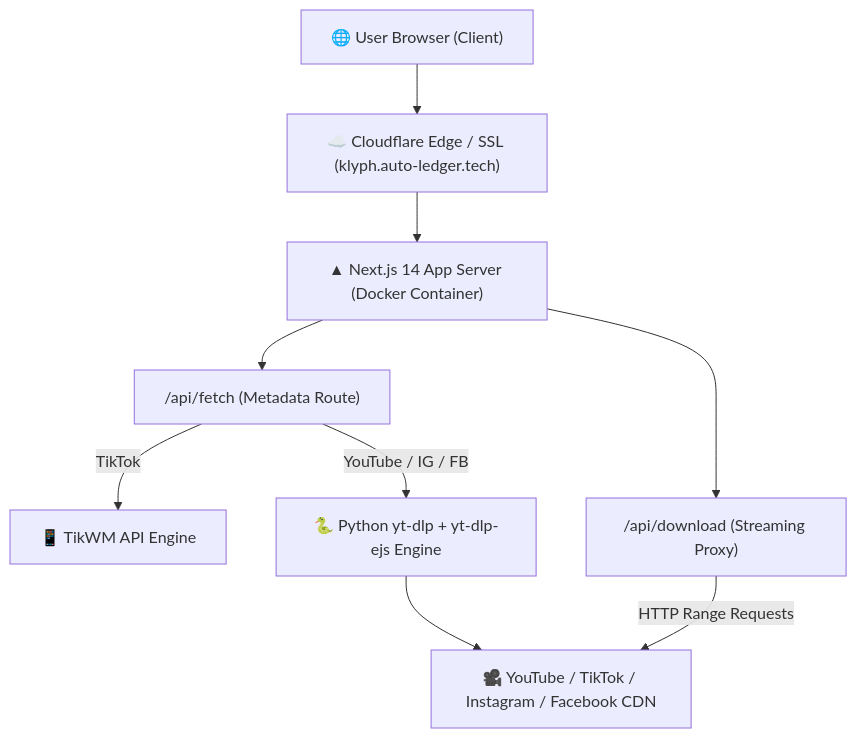
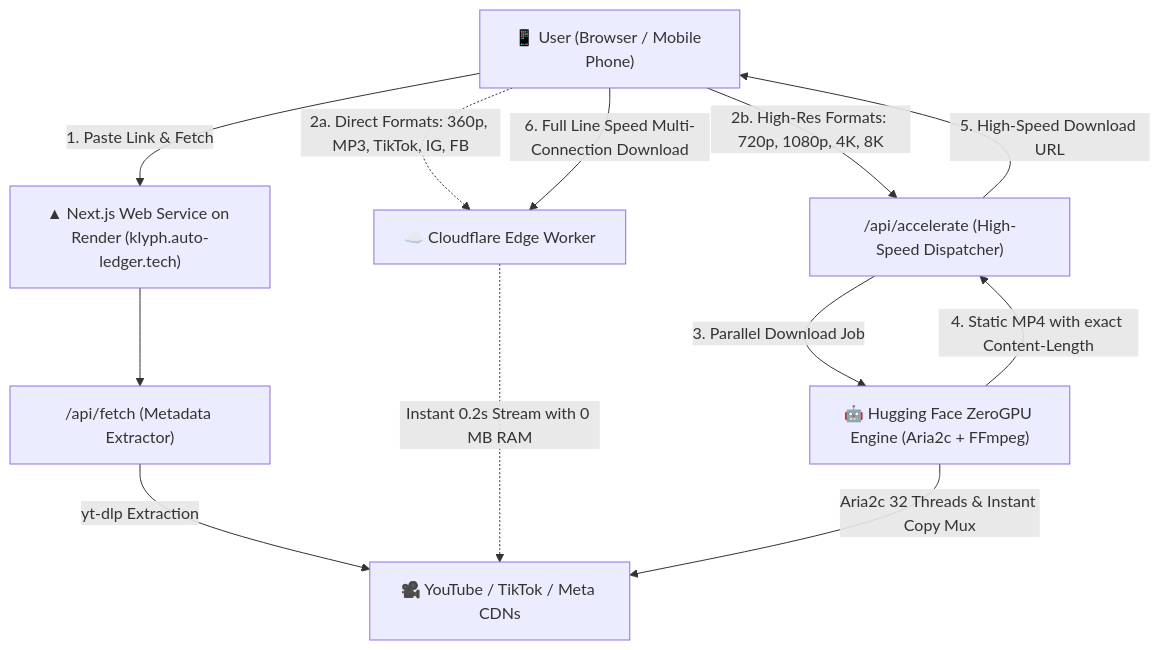
One commit to vthish/Klyph changed the diagram in README.md. Above: the diagram before and after it, drawn with Mermaid. The commit also changed other lines of this file, not shown here.

Commit message:
docs: update README with Hybrid Multi-Cloud architecture using generic placeholder URLs

````diff
--- a/README.md
+++ b/README.md
@@ -67,19 +70,26 @@
 ```mermaid
 flowchart TD
-    User["🌐 User Browser (Client)"]
-    CF["☁️ Cloudflare Edge / SSL (klyph.auto-ledger.tech)"]
-    Next["▲ Next.js 14 App Server (Docker Container)"]
-    FetchAPI["/api/fetch (Metadata Route)"]
-    DownloadAPI["/api/download (Streaming Proxy)"]
-    Engine["🐍 Python yt-dlp + yt-dlp-ejs Engine"]
-    TikWM["📱 TikWM API Engine"]
-    Platforms["🎥 YouTube / TikTok / Instagram / Facebook CDN"]
+    User["📱 User (Browser / Mobile Phone)"]
+    CF["☁️ Cloudflare Edge Worker"]
+    Render["▲ Next.js Web Service on Render (klyph.auto-ledger.tech)"]
+    FetchAPI["/api/fetch (Metadata Extractor)"]
+    AccAPI["/api/accelerate (High-Speed Dispatcher)"]
+    HF["🤖 Hugging Face ZeroGPU Engine (Aria2c + FFmpeg)"]
+    CDNs["🎥 YouTube / TikTok / Meta CDNs"]
 
-    User --> CF --> Next
-    Next --> FetchAPI
-    Next --> DownloadAPI
-    FetchAPI -->|TikTok| TikWM
-    FetchAPI -->|YouTube / IG / FB| Engine
-    Engine --> Platforms
-    DownloadAPI -->|HTTP Range Requests| Platforms
+    User -->|1. Paste Link & Fetch| Render
+    Render --> FetchAPI
+    FetchAPI -->|yt-dlp Extraction| CDNs
+
+    %% Direct Route
+    User -.->|2a. Direct Formats: 360p, MP3, TikTok, IG, FB| CF
+    CF -.->|Instant 0.2s Stream with 0 MB RAM| CDNs
+
+    %% High-Res Accelerated Route
+    User -->|2b. High-Res Formats: 720p, 1080p, 4K, 8K| AccAPI
+    AccAPI -->|3. Parallel Download Job| HF
+    HF -->|Aria2c 32 Threads & Instant Copy Mux| CDNs
+    HF -->|4. Static MP4 with exact Content-Length| AccAPI
+    AccAPI -->|5. High-Speed Download URL| User
+    User -->|6. Full Line Speed Multi-Connection Download| CF
 ```
````
